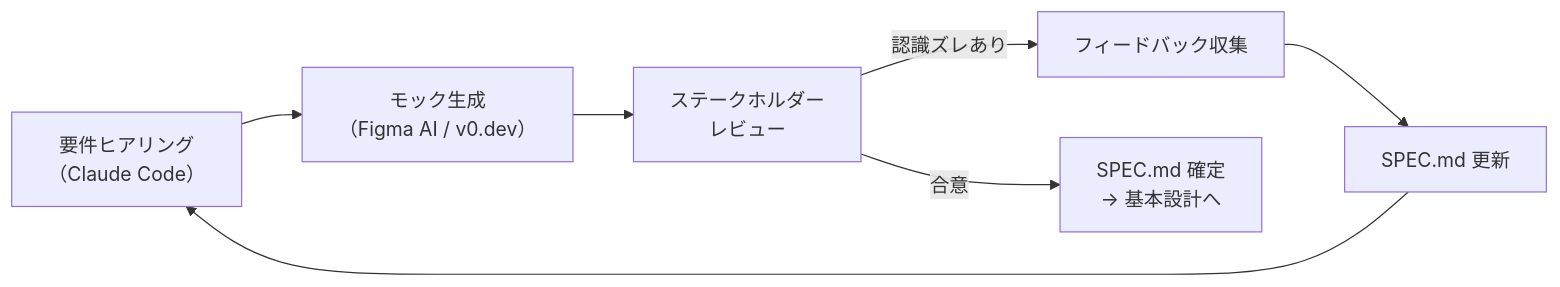
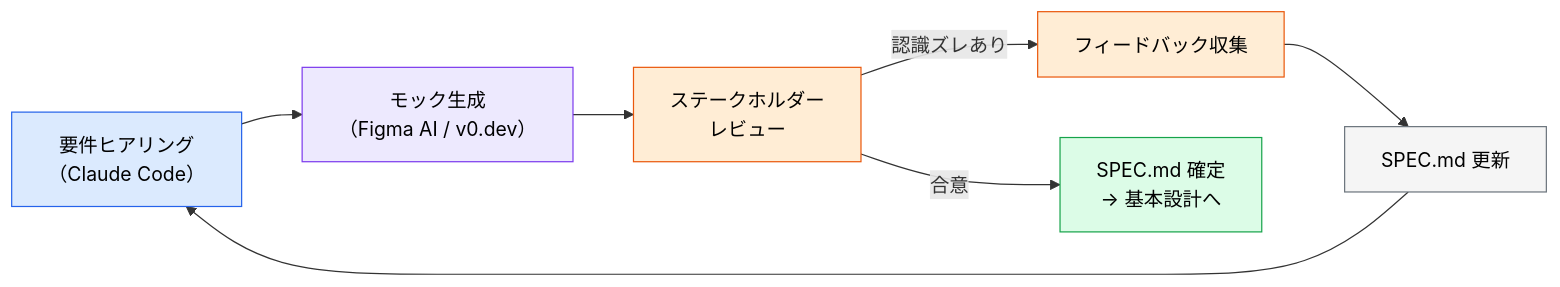
Diagram 25 of 44 in AI駆動開発.md (takuma39/ai), drawn with Mermaid before and after one commit. The commit also changed other lines of this file, not shown here.

````diff
--- a/AI駆動開発.md
+++ b/AI駆動開発.md
@@ -1166,9 +1245,16 @@
 ```mermaid
 flowchart LR
     A["要件ヒアリング<br/>（Claude Code）"] --> B["モック生成<br/>（Figma AI / v0.dev）"]
     B --> C["ステークホルダー<br/>レビュー"]
     C -->|"認識ズレあり"| D["フィードバック収集"]
     D --> E["SPEC.md 更新"]
     E --> A
     C -->|"合意"| F["SPEC.md 確定<br/>→ 基本設計へ"]
+
+    style A fill:#dbeafe,stroke:#2563eb,color:#000
+    style B fill:#ede9fe,stroke:#7c3aed,color:#000
+    style C fill:#ffedd5,stroke:#ea580c,color:#000
+    style D fill:#ffedd5,stroke:#ea580c,color:#000
+    style E fill:#f5f5f5,stroke:#6c757d,color:#000
+    style F fill:#dcfce7,stroke:#16a34a,color:#000
 ```
````
